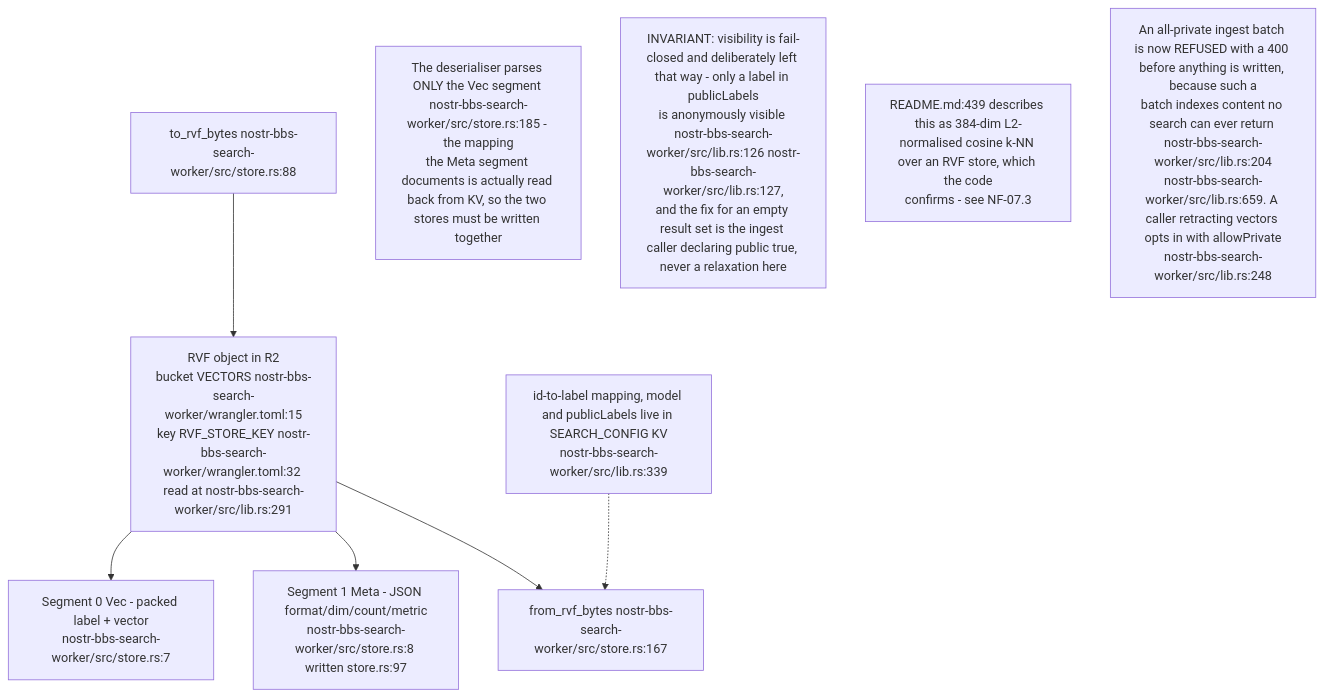
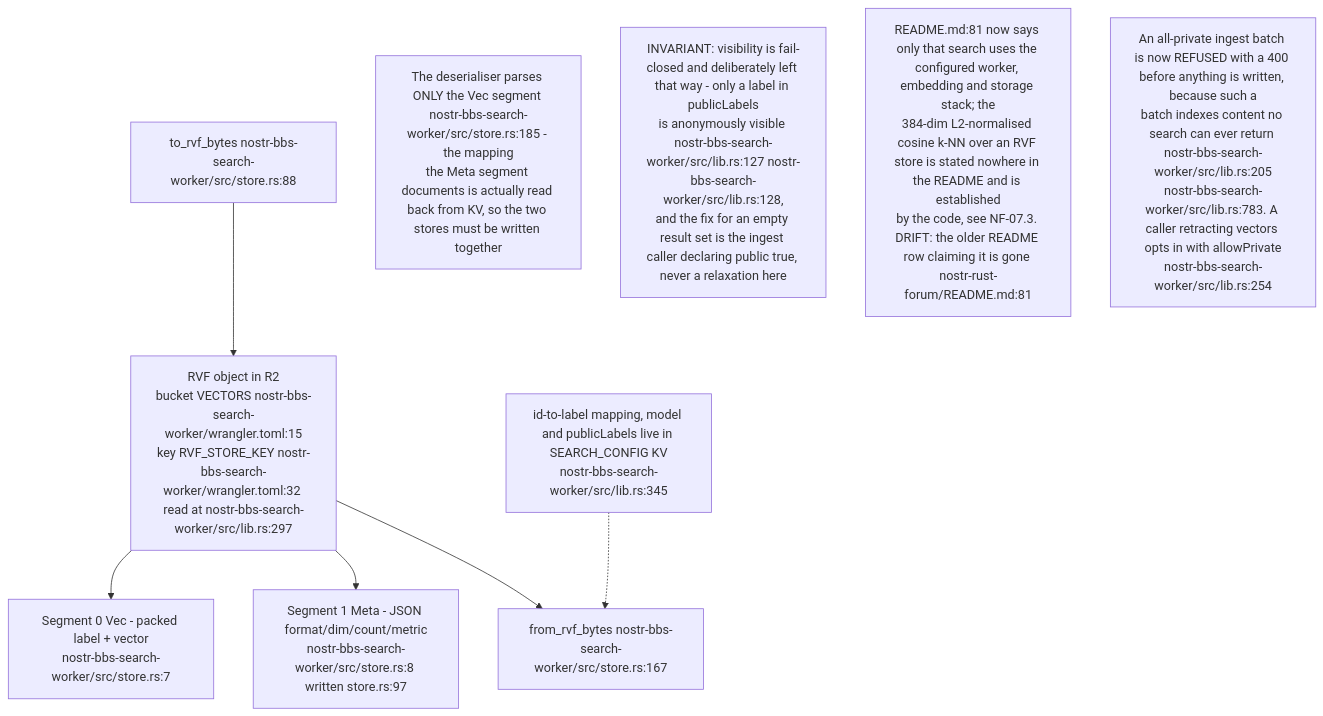
Before and after one commit to DreamLab-AI/VisionFlow: the fourth of 9 diagrams in docs/diagrams/nostr-rust-forum/07-search-preview-and-shared-worker-utilities.md, drawn with Mermaid. The commit also changed other lines of this file and 160 other files, not shown here.

````diff
--- a/docs/diagrams/nostr-rust-forum/07-search-preview-and-shared-worker-utilities.md
+++ b/docs/diagrams/nostr-rust-forum/07-search-preview-and-shared-worker-utilities.md
@@ -109,19 +112,19 @@
 ```mermaid
 flowchart TB
-    RVF["RVF object in R2<br/>bucket VECTORS nostr-bbs-search-worker/wrangler.toml:15<br/>key RVF_STORE_KEY nostr-bbs-search-worker/wrangler.toml:32 read at nostr-bbs-search-worker/src/lib.rs:291"]
+    RVF["RVF object in R2<br/>bucket VECTORS nostr-bbs-search-worker/wrangler.toml:15<br/>key RVF_STORE_KEY nostr-bbs-search-worker/wrangler.toml:32 read at nostr-bbs-search-worker/src/lib.rs:297"]
     SEGV["Segment 0 Vec - packed label + vector<br/>nostr-bbs-search-worker/src/store.rs:7"]
     SEGM["Segment 1 Meta - JSON format/dim/count/metric<br/>nostr-bbs-search-worker/src/store.rs:8 written store.rs:97"]
     SER["to_rvf_bytes nostr-bbs-search-worker/src/store.rs:88"]
     DES["from_rvf_bytes nostr-bbs-search-worker/src/store.rs:167"]
-    KV["id-to-label mapping, model and publicLabels live in SEARCH_CONFIG KV<br/>nostr-bbs-search-worker/src/lib.rs:339"]
+    KV["id-to-label mapping, model and publicLabels live in SEARCH_CONFIG KV<br/>nostr-bbs-search-worker/src/lib.rs:345"]
 
     RVF --> SEGV & SEGM
     SER --> RVF
     RVF --> DES
     KV -.-> DES
 
     N1["The deserialiser parses ONLY the Vec segment nostr-bbs-search-worker/src/store.rs:185 - the mapping<br/>the Meta segment documents is actually read back from KV, so the two stores must be written together"]
-    N2["INVARIANT: visibility is fail-closed and deliberately left that way - only a label in publicLabels<br/>is anonymously visible nostr-bbs-search-worker/src/lib.rs:126 nostr-bbs-search-worker/src/lib.rs:127,<br/>and the fix for an empty result set is the ingest caller declaring public true, never a relaxation here"]
-    N3["README.md:439 describes this as 384-dim L2-normalised cosine k-NN over an RVF store, which the code<br/>confirms - see NF-07.3"]
-    N4["An all-private ingest batch is now REFUSED with a 400 before anything is written, because such a<br/>batch indexes content no search can ever return nostr-bbs-search-worker/src/lib.rs:204<br/>nostr-bbs-search-worker/src/lib.rs:659. A caller retracting vectors opts in with allowPrivate<br/>nostr-bbs-search-worker/src/lib.rs:248"]
+    N2["INVARIANT: visibility is fail-closed and deliberately left that way - only a label in publicLabels<br/>is anonymously visible nostr-bbs-search-worker/src/lib.rs:127 nostr-bbs-search-worker/src/lib.rs:128,<br/>and the fix for an empty result set is the ingest caller declaring public true, never a relaxation here"]
+    N3["README.md:81 now says only that search uses the configured worker, embedding and storage stack; the<br/>384-dim L2-normalised cosine k-NN over an RVF store is stated nowhere in the README and is established<br/>by the code, see NF-07.3. DRIFT: the older README row claiming it is gone nostr-rust-forum/README.md:81"]
+    N4["An all-private ingest batch is now REFUSED with a 400 before anything is written, because such a<br/>batch indexes content no search can ever return nostr-bbs-search-worker/src/lib.rs:205<br/>nostr-bbs-search-worker/src/lib.rs:783. A caller retracting vectors opts in with allowPrivate<br/>nostr-bbs-search-worker/src/lib.rs:254"]
 ```
````
